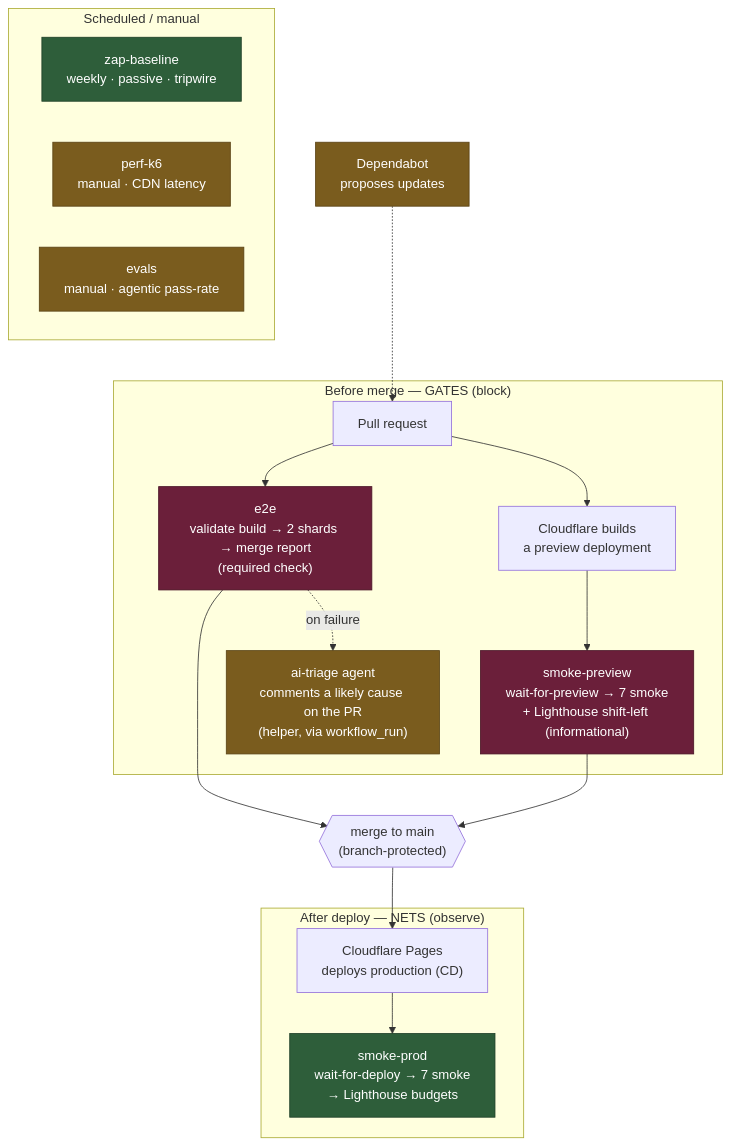
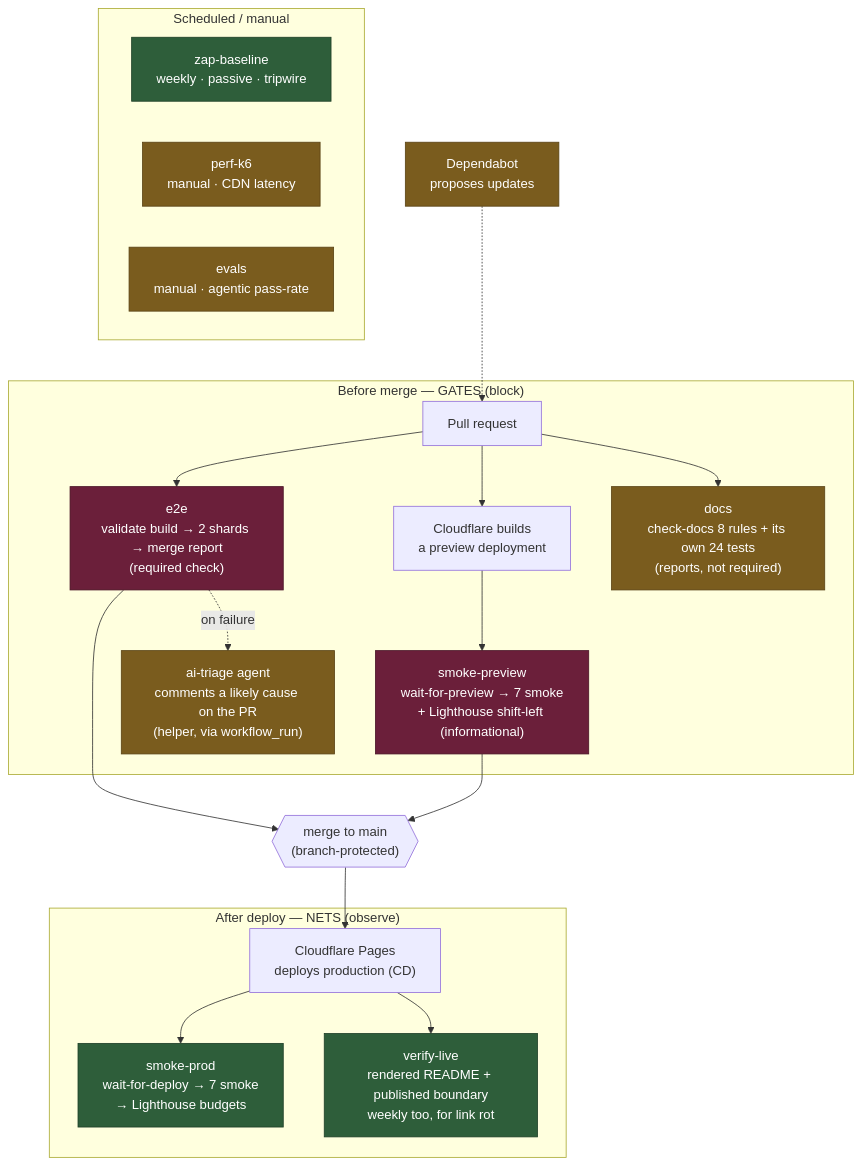
The diagram in docs/QA-ARCHITECTURE.md (InesPatricia/Mi-Dia-App), drawn with Mermaid before and after one commit. The commit also changed other lines of this file and 1 other file, not shown here.

````diff
--- a/docs/QA-ARCHITECTURE.md
+++ b/docs/QA-ARCHITECTURE.md
@@ -8,33 +8,35 @@
 ```mermaid
 flowchart TD
     subgraph PRE["Before merge — GATES (block)"]
         PR["Pull request"] --> E2E["e2e\nvalidate build → 2 shards → merge report\n(required check)"]
         PR --> CFP["Cloudflare builds\na preview deployment"]
         CFP --> SP["smoke-preview\nwait-for-preview → 7 smoke\n+ Lighthouse shift-left (informational)"]
+        PR --> DOCS["docs\ncheck-docs 8 rules + its own 24 tests\n(reports, not required)"]
         E2E -. on failure .-> TRIAGE["ai-triage agent\ncomments a likely cause on the PR\n(helper, via workflow_run)"]
     end
 
     E2E --> MERGE{{"merge to main\n(branch-protected)"}}
     SP --> MERGE
 
     MERGE --> DEPLOY["Cloudflare Pages\ndeploys production (CD)"]
 
     subgraph POST["After deploy — NETS (observe)"]
         DEPLOY --> SPROD["smoke-prod\nwait-for-deploy → 7 smoke\n→ Lighthouse budgets"]
+        DEPLOY --> VL["verify-live\nrendered README + published boundary\nweekly too, for link rot"]
     end
 
     subgraph SCHED["Scheduled / manual"]
         ZAP["zap-baseline\nweekly · passive · tripwire"]
         K6["perf-k6\nmanual · CDN latency"]
         EVALS["evals\nmanual · agentic pass-rate"]
     end
 
     DEPS["Dependabot\nproposes updates"] -.-> PR
 
     classDef gate fill:#6b1f3a,stroke:#4a1526,color:#fff;
     classDef net fill:#2e5e3a,stroke:#1e3f27,color:#fff;
     classDef helper fill:#7a5c1e,stroke:#5a4315,color:#fff;
     class E2E,SP gate;
-    class SPROD,ZAP net;
-    class TRIAGE,EVALS,K6,DEPS helper;
+    class SPROD,ZAP,VL net;
+    class TRIAGE,EVALS,K6,DEPS,DOCS helper;
 ```
````
